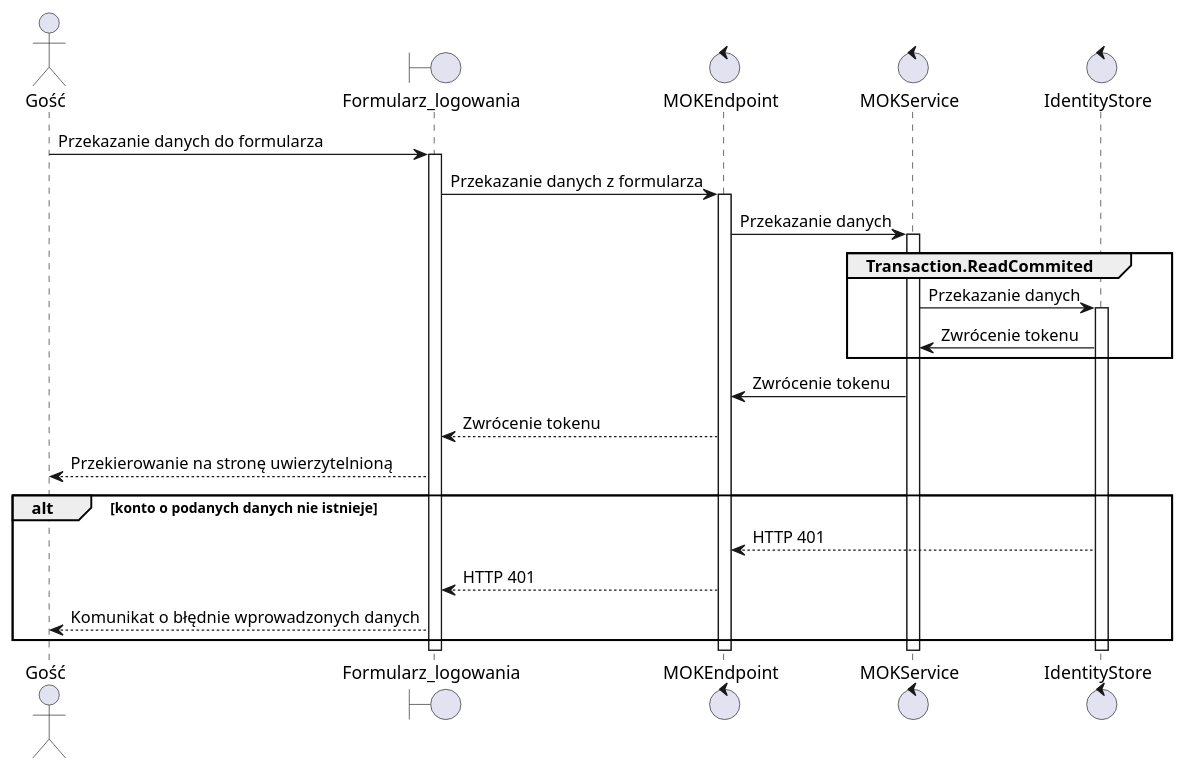
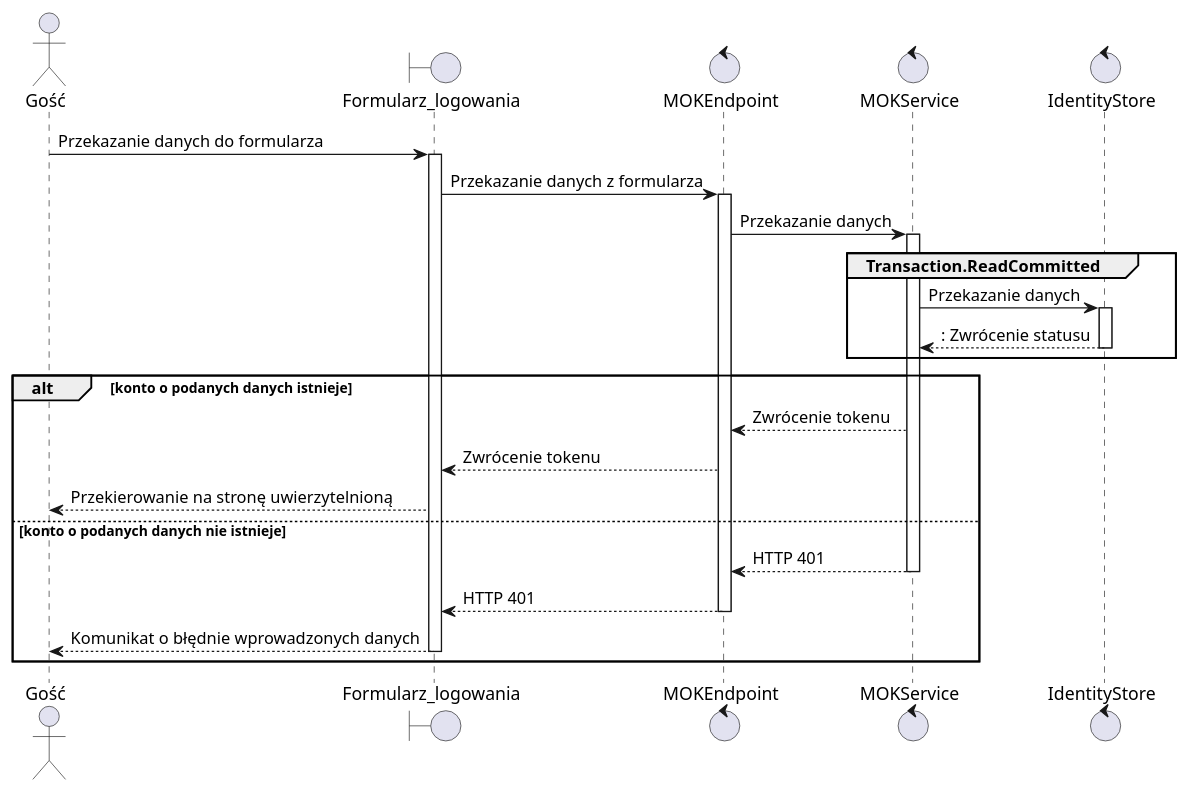
One commit to TheVivent-Politechnika-Lodzka/ssbd03_kic_uml changed the diagram in src/rozdział 7/mok12.plantuml. Above: the diagram before and after it, drawn with PlantUML.

```diff
--- a/src/rozdział 7/mok12.plantuml
+++ b/src/rozdział 7/mok12.plantuml
@@ -1,30 +1,33 @@
-@startuml MOK.12 - Zaloguj
+@startuml sekwencyjny
 
 actor Gość as user
 boundary Formularz_logowania as gui
 control MOKEndpoint as controller
 control MOKService as service
 control IdentityStore as auth
 
 
 
 user -> gui ++ : Przekazanie danych do formularza
 gui -> controller ++ : Przekazanie danych z formularza
 controller -> service ++ : Przekazanie danych
 
-group  Transaction.ReadCommited
+
+
+group  Transaction.ReadCommitted
 service -> auth ++ : Przekazanie danych
-auth -> service : Zwrócenie tokenu
+return : Zwrócenie statusu
 end
-
-service -> controller : Zwrócenie tokenu
+alt konto o podanych danych istnieje
+service --> controller : Zwrócenie tokenu
 controller --> gui : Zwrócenie tokenu
 gui --> user : Przekierowanie na stronę uwierzytelnioną 
 
-alt konto o podanych danych nie istnieje
-    auth --> controller : HTTP 401
-    controller --> gui : HTTP 401
-    gui --> user : Komunikat o błędnie wprowadzonych danych 
+else konto o podanych danych nie istnieje
+    return HTTP 401
+    return HTTP 401
+    return Komunikat o błędnie wprowadzonych danych 
 end
 
+
 @enduml
```
